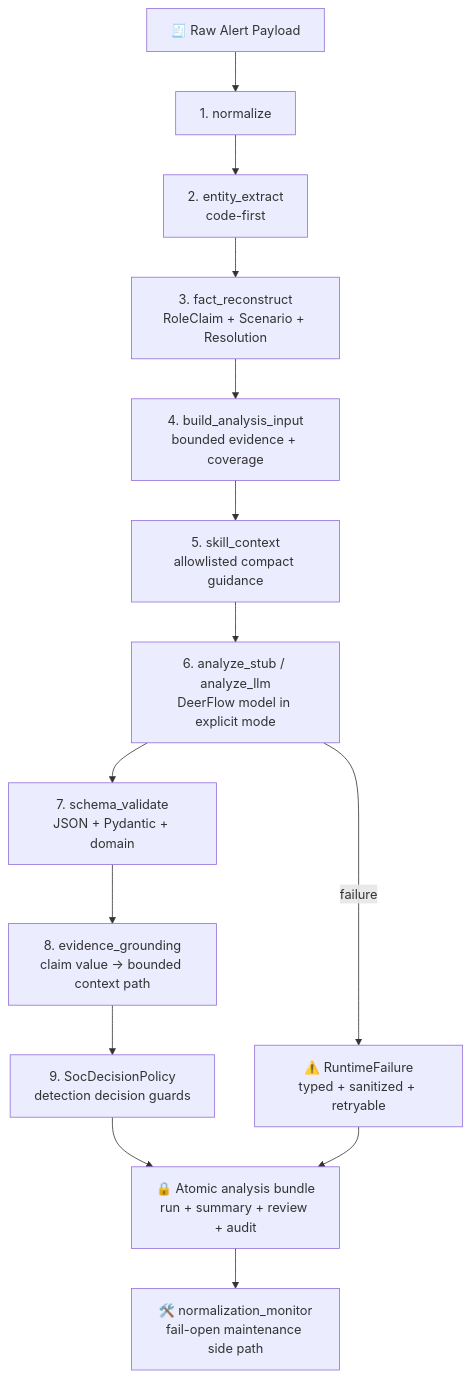
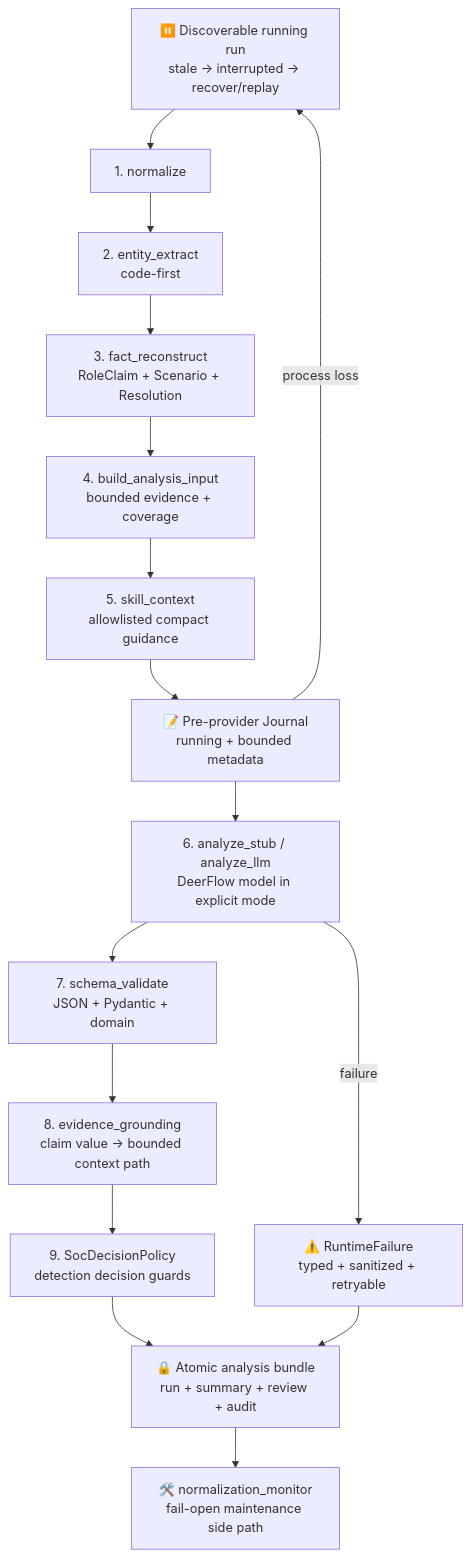
One commit to yydspanda/deer-flow changed the fourth of 14 diagrams in .notes/ai_soc/soc-agent-solution.md. Above: the diagram before and after it, drawn with Mermaid. The commit also changed other lines of this file and 24 other files, not shown here.

Commit message:
feat(soc): journal and recover analysis calls

````diff
--- a/.notes/ai_soc/soc-agent-solution.md
+++ b/.notes/ai_soc/soc-agent-solution.md
@@ -297,16 +297,18 @@
 ```mermaid
 flowchart TD
     I["🧾 Raw Alert Payload"] --> N["1. normalize"]
     N --> X["2. entity_extract<br/>code-first"]
     X --> F["3. fact_reconstruct<br/>RoleClaim + Scenario + Resolution"]
     F --> B["4. build_analysis_input<br/>bounded evidence + coverage"]
     B --> S["5. skill_context<br/>allowlisted compact guidance"]
-    S --> L["6. analyze_stub / analyze_llm<br/>DeerFlow model in explicit mode"]
+    S --> J["📝 Pre-provider Journal<br/>running + bounded metadata"]
+    J --> L["6. analyze_stub / analyze_llm<br/>DeerFlow model in explicit mode"]
     L --> V["7. schema_validate<br/>JSON + Pydantic + domain"]
     V --> G["8. evidence_grounding<br/>claim value -> bounded context path"]
     G --> R["9. SocDecisionPolicy<br/>detection decision guards"]
     R --> P["🔒 Atomic analysis bundle<br/>run + summary + review + audit"]
     L -->|failure| E["⚠️ RuntimeFailure<br/>typed + sanitized + retryable"]
     E --> P
+    J -->|process loss| I["⏸️ Discoverable running run<br/>stale -> interrupted -> recover/replay"]
     P --> M["🛠️ normalization_monitor<br/>fail-open maintenance side path"]
 ```
````
